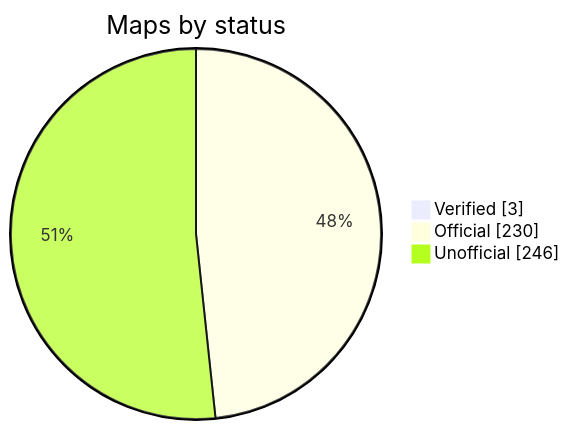
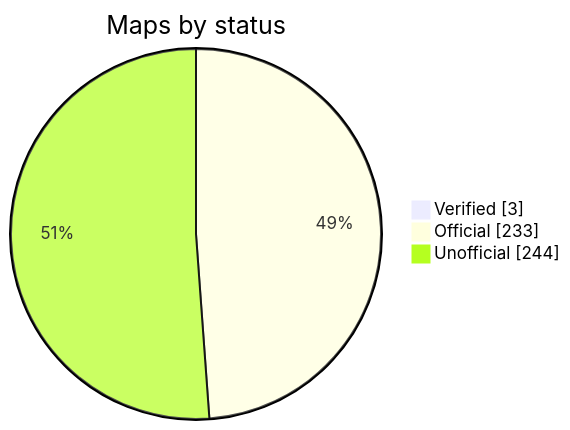
Before and after one commit to nobrega8/mbmap-library: the diagram in README.md, drawn with Mermaid. The commit also changed 4 other files, not shown here.

````diff
--- a/README.md
+++ b/README.md
@@ -48,7 +48,7 @@
 ```mermaid
 pie showData
     title Maps by status
     "Verified" : 3
-    "Official" : 230
-    "Unofficial" : 246
+    "Official" : 233
+    "Unofficial" : 244
 ```
````
